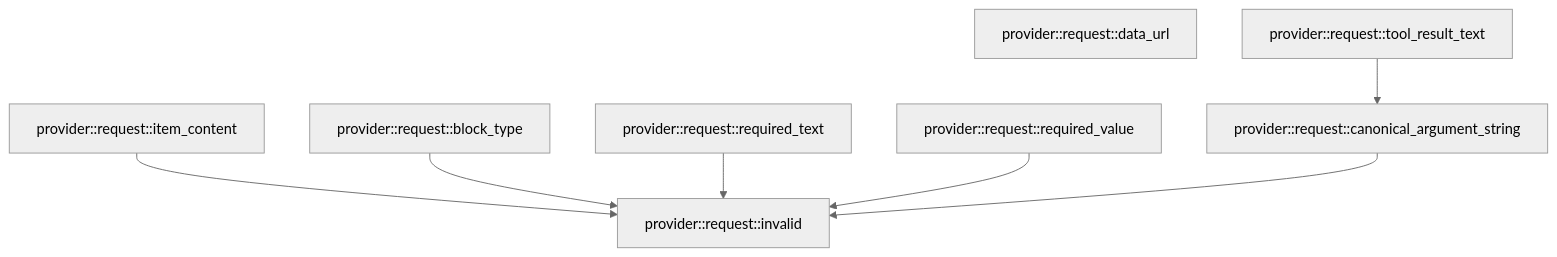
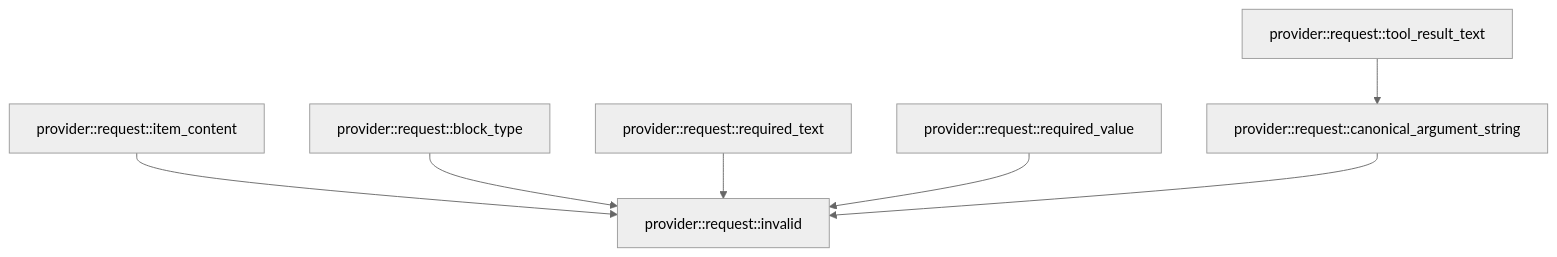
One commit to TekesApps/TekesKernel changed the third of 3 diagrams in crates/provider/docs/generated/src--request.md. Above: the diagram before and after it, drawn with Mermaid (neutral theme). The commit also changed other lines of this file and 46 other files, not shown here.

````diff
--- a/crates/provider/docs/generated/src--request.md
+++ b/crates/provider/docs/generated/src--request.md
@@ -267,17 +261,16 @@
 ```mermaid
 flowchart TD
-  n0["provider::request::data_url"]
-  n1["provider::request::item_content"]
-  n2["provider::request::block_type"]
-  n3["provider::request::required_text"]
-  n4["provider::request::required_value"]
-  n5["provider::request::tool_result_text"]
-  n6["provider::request::canonical_argument_string"]
-  n7["provider::request::invalid"]
-  n1 --> n7
-  n2 --> n7
-  n3 --> n7
-  n4 --> n7
+  n0["provider::request::item_content"]
+  n1["provider::request::block_type"]
+  n2["provider::request::required_text"]
+  n3["provider::request::required_value"]
+  n4["provider::request::tool_result_text"]
+  n5["provider::request::canonical_argument_string"]
+  n6["provider::request::invalid"]
+  n0 --> n6
+  n1 --> n6
+  n2 --> n6
+  n3 --> n6
+  n4 --> n5
   n5 --> n6
-  n6 --> n7
 ```
````
